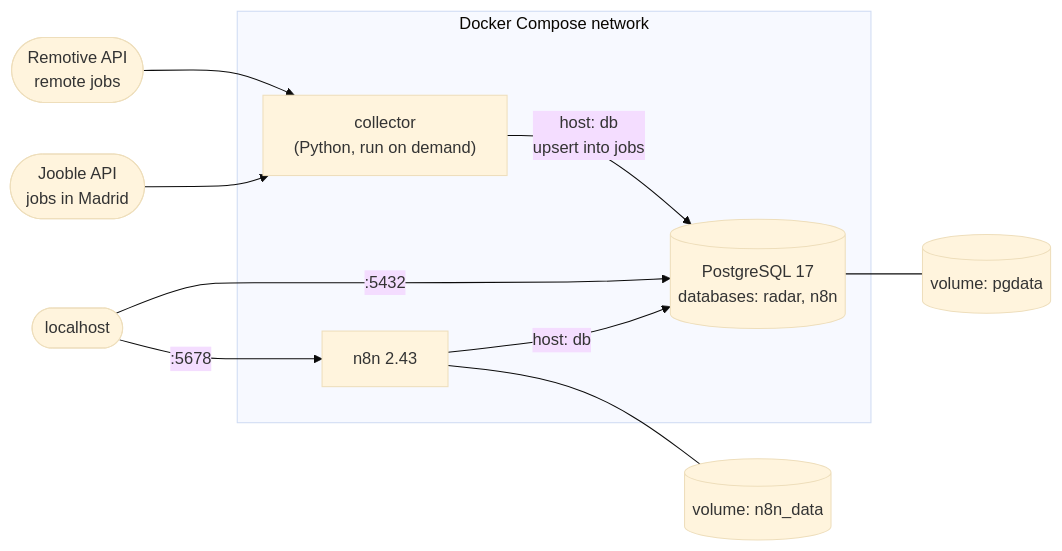
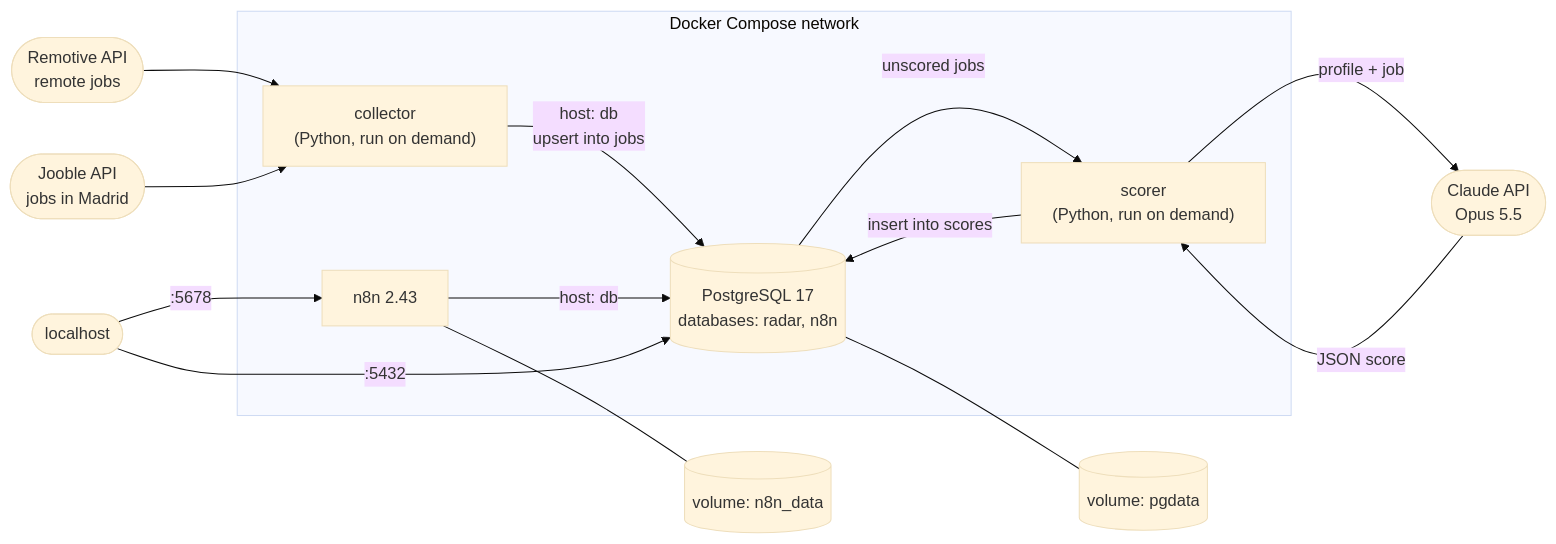
The diagram in README.md (telloso/radar-empleo-ia), drawn with Mermaid (base theme) before and after one commit. The commit also changed other lines of this file and 1 other file, not shown here.

Commit message:
Document job scoring and add score queries

````diff
--- a/README.md
+++ b/README.md
@@ -18,16 +18,21 @@
 ```mermaid
 flowchart LR
     subgraph compose["Docker Compose network"]
         collector["collector<br/>(Python, run on demand)"]
+        scorer["scorer<br/>(Python, run on demand)"]
         db[("PostgreSQL 17<br/>databases: radar, n8n")]
         n8n["n8n 2.43"]
     end
     collector -- "host: db<br/>upsert into jobs" --> db
+    db -- "unscored jobs" --> scorer
+    scorer -- "insert into scores" --> db
+    scorer -- "profile + job" --> claude(["Claude API<br/>Opus 5.5"])
+    claude -- "JSON score" --> scorer
     remotive(["Remotive API<br/>remote jobs"]) --> collector
     jooble(["Jooble API<br/>jobs in Madrid"]) --> collector
     n8n -- "host: db" --> db
     db --- pgdata[("volume: pgdata")]
     n8n --- n8ndata[("volume: n8n_data")]
     you(["localhost"]) -- ":5432" --> db
     you -- ":5678" --> n8n
 ```
````
